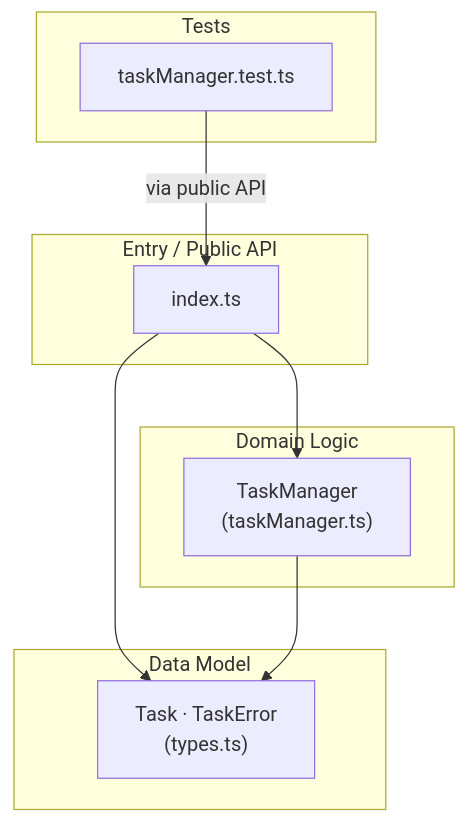
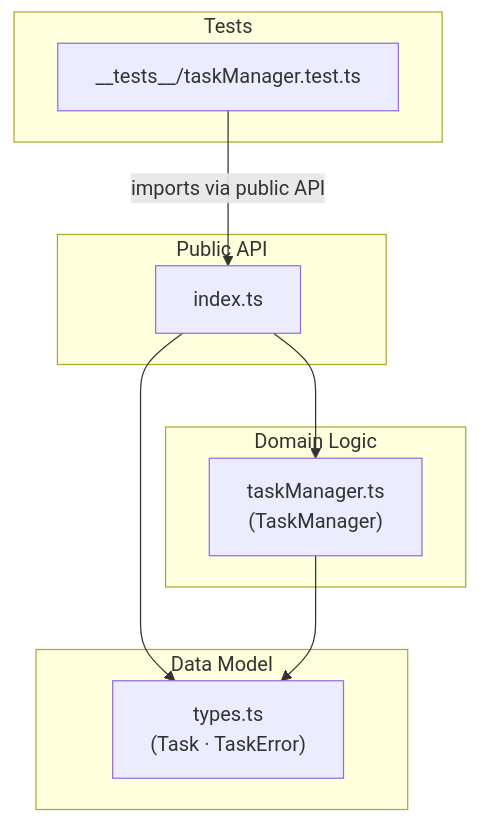
The first of 3 diagrams in assignments/todo-app-ts-test/docs/ARCHITECTURE.md (sivanbecker/home-assignements), drawn with Mermaid before and after one commit. The commit also changed other lines of this file and 1 other file, not shown here.

Commit message:
docs(todo-app-ts-test): generate ARCHITECTURE.md and REVIEW.md via ts-code-viewer

````diff
--- a/assignments/todo-app-ts-test/docs/ARCHITECTURE.md
+++ b/assignments/todo-app-ts-test/docs/ARCHITECTURE.md
@@ -7,23 +13,23 @@
 ```mermaid
 flowchart TD
-  subgraph "Entry / Public API"
+  subgraph Tests
+    test["__tests__/taskManager.test.ts"]
+  end
+
+  subgraph PublicAPI["Public API"]
     index["index.ts"]
   end
 
-  subgraph "Domain Logic"
-    manager["TaskManager\n(taskManager.ts)"]
+  subgraph Domain["Domain Logic"]
+    manager["taskManager.ts\n(TaskManager)"]
   end
 
-  subgraph "Data Model"
-    types["Task · TaskError\n(types.ts)"]
+  subgraph Model["Data Model"]
+    types["types.ts\n(Task · TaskError)"]
   end
 
-  subgraph "Tests"
-    test["taskManager.test.ts"]
-  end
-
-  test -->|"via public API"| index
+  test -->|"imports via public API"| index
   index --> manager
   index --> types
   manager --> types
 ```
````
